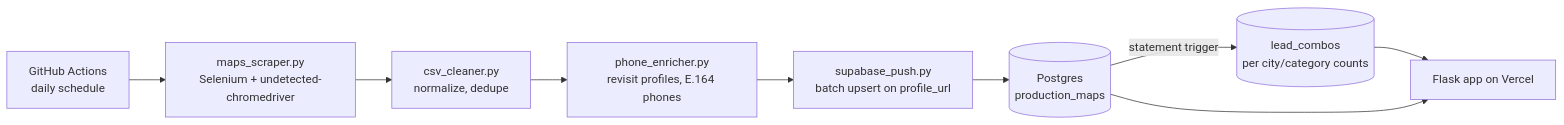
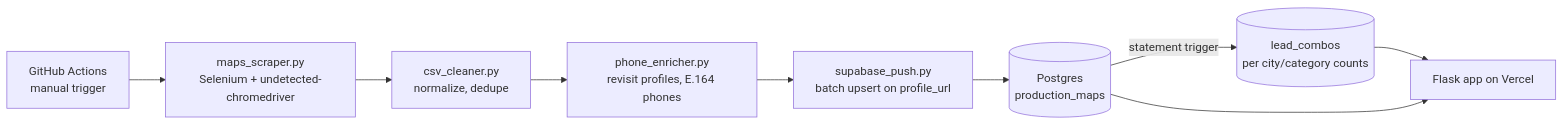
One commit to Mohamed-Abdulhalim/Lead-Signal changed the diagram in README.md. Above: the diagram before and after it, drawn with Mermaid. The commit also changed other lines of this file and 4 other files, not shown here.

````diff
--- a/README.md
+++ b/README.md
@@ -18,11 +18,11 @@
 ```mermaid
 flowchart LR
-    A[GitHub Actions<br/>daily schedule] --> B[maps_scraper.py<br/>Selenium + undetected-chromedriver]
+    A[GitHub Actions<br/>manual trigger] --> B[maps_scraper.py<br/>Selenium + undetected-chromedriver]
     B --> C[csv_cleaner.py<br/>normalize, dedupe]
     C --> D[phone_enricher.py<br/>revisit profiles, E.164 phones]
     D --> E[supabase_push.py<br/>batch upsert on profile_url]
     E --> F[(Postgres<br/>production_maps)]
     F -- statement trigger --> G[(lead_combos<br/>per city/category counts)]
     G --> H[Flask app on Vercel]
     F --> H
 ```
````
